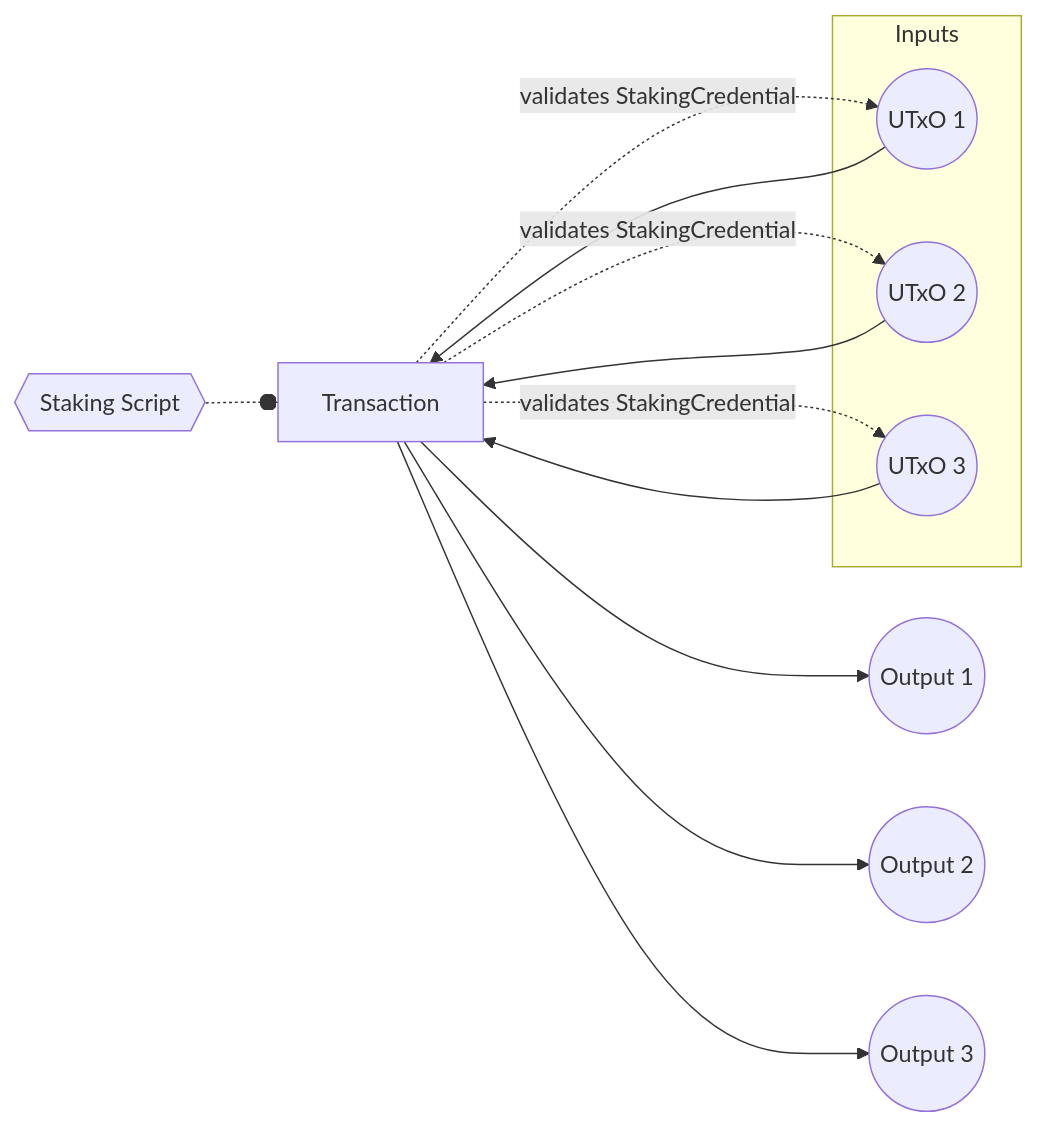
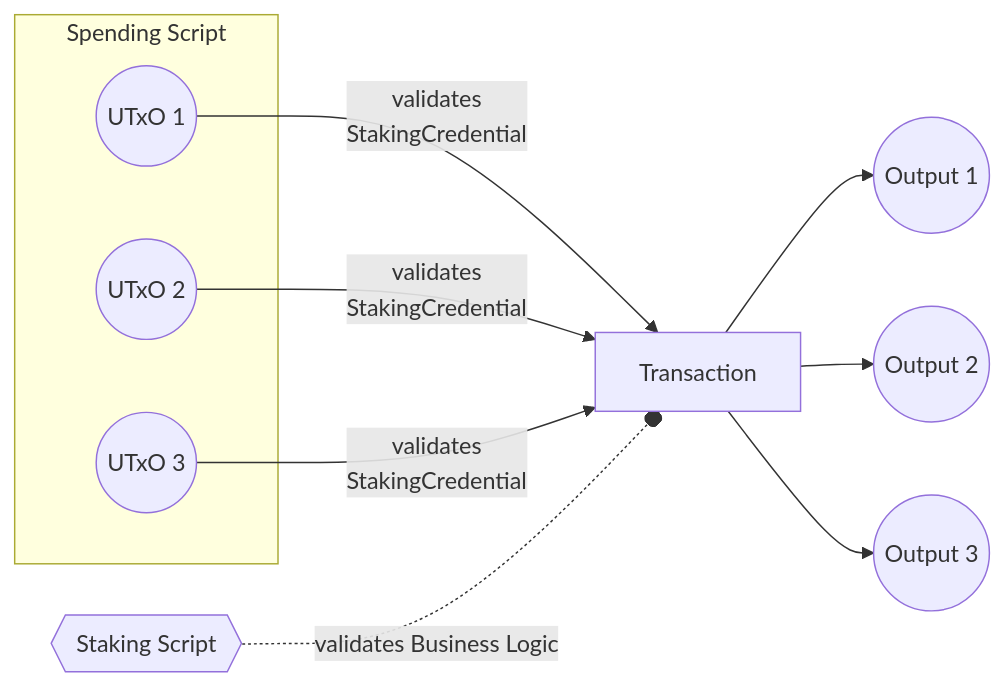
One commit to Anastasia-Labs/design-patterns changed the fourth of 4 diagrams in STAKE-VALIDATOR.md. Above: the diagram before and after it, drawn with Mermaid. The commit also changed other lines of this file, not shown here.

````diff
--- a/STAKE-VALIDATOR.md
+++ b/STAKE-VALIDATOR.md
@@ -176,19 +192,16 @@
 ```mermaid
 graph LR
     TX[ Transaction ]
-    subgraph Inputs
+    subgraph Spending Script
     S1((UTxO 1))
     S2((UTxO 2))
     S3((UTxO 3))
     end
-    S1 -->TX
-    S2 --> TX
-    S3 --> TX
-    TX -.->|validates StakingCredential|S1
-    TX -.->|validates StakingCredential|S2
-    TX -.->|validates StakingCredential|S3
-    ST{{Staking Script}} -.-o TX
+    S1 -->|validates \n StakingCredential| TX
+    S2 -->|validates \n StakingCredential| TX
+    S3 -->|validates \n StakingCredential|TX
+    ST{{Staking Script}} -.-o |validates Business Logic|TX
     TX --> A1((Output 1))
     TX --> A2((Output 2))
     TX --> A3((Output 3))
 ```
````
